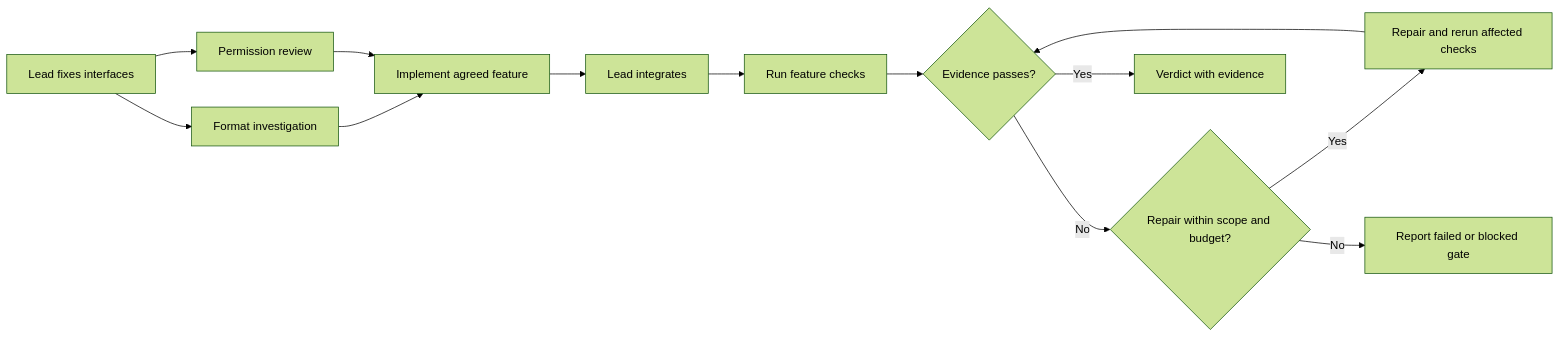
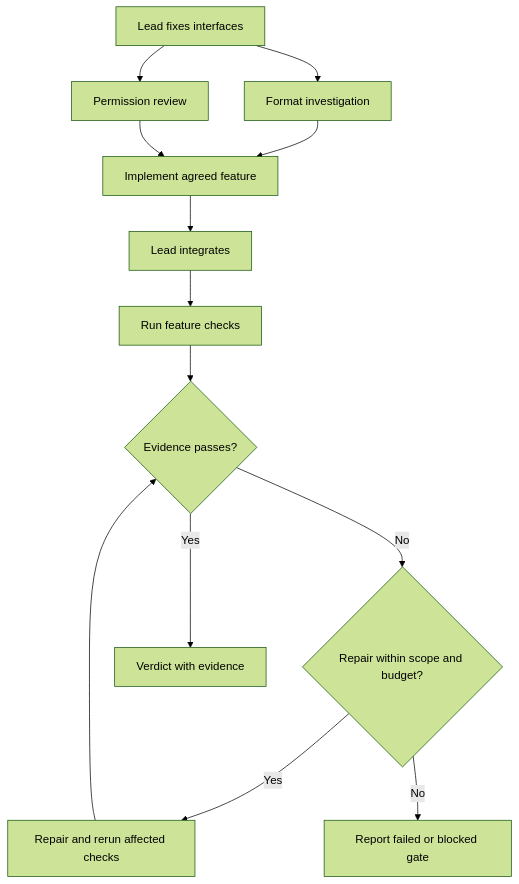
Before and after one commit to byensitmagnus/agent-mission-control: the second of 3 diagrams in docs/how-it-works.md, drawn with Mermaid (forest theme). The commit also changed 1 other file, not shown here.

Commit message:
docs: keep workflow graphs readable on narrow screens

````diff
--- a/docs/how-it-works.md
+++ b/docs/how-it-works.md
@@ -42,15 +42,15 @@
 ```mermaid
-flowchart LR
+flowchart TD
   A[Lead fixes interfaces] --> B[Format investigation]
   A --> C[Permission review]
   B --> I[Implement agreed feature]
   C --> I
   I --> D[Lead integrates]
   D --> E[Run feature checks]
   E --> F{Evidence passes?}
   F -->|No| G{Repair within scope and budget?}
   G -->|Yes| R[Repair and rerun affected checks]
   R --> F
   G -->|No| X[Report failed or blocked gate]
   F -->|Yes| H[Verdict with evidence]
 ```
````
